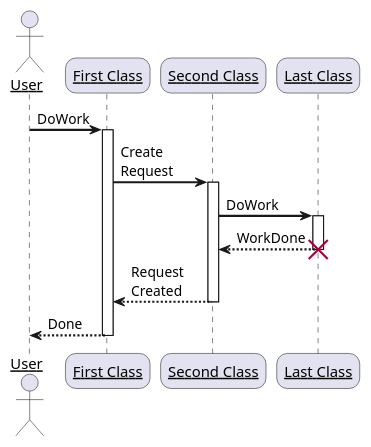
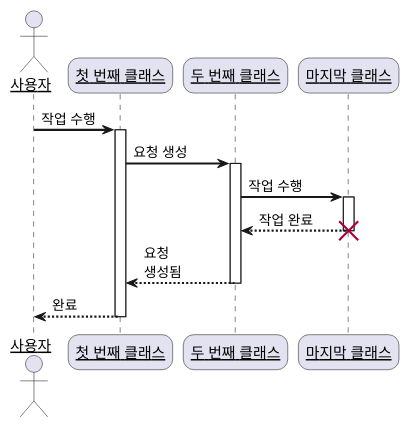
The first of 8 diagrams in apps/app/resource/locales/ko_KR/sandbox-diagrams.md (weseek/growi), drawn with PlantUML before and after one commit. The commit also changed other lines of this file and 17 other files, not shown here.

````diff
--- a/apps/app/resource/locales/ko_KR/sandbox-diagrams.md
+++ b/apps/app/resource/locales/ko_KR/sandbox-diagrams.md
@@ -31,31 +30,31 @@
 ``` plantuml
 @startuml
 skinparam sequenceArrowThickness 2
 skinparam roundcorner 20
 skinparam maxmessagesize 60
 skinparam sequenceParticipant underline
 
-actor User
-participant "First Class" as A
-participant "Second Class" as B
-participant "Last Class" as C
+actor 사용자
+participant "첫 번째 클래스" as A
+participant "두 번째 클래스" as B
+participant "마지막 클래스" as C
 
-User -> A: DoWork
+사용자 -> A: 작업 수행
 activate A
 
-A -> B: Create Request
+A -> B: 요청 생성
 activate B
 
-B -> C: DoWork
+B -> C: 작업 수행
 activate C
-C --> B: WorkDone
+C --> B: 작업 완료
 destroy C
 
-B --> A: Request Created
+B --> A: 요청 생성됨
 deactivate B
 
-A --> User: Done
+A --> 사용자: 완료
 deactivate A
 
 @enduml
 ```
````
